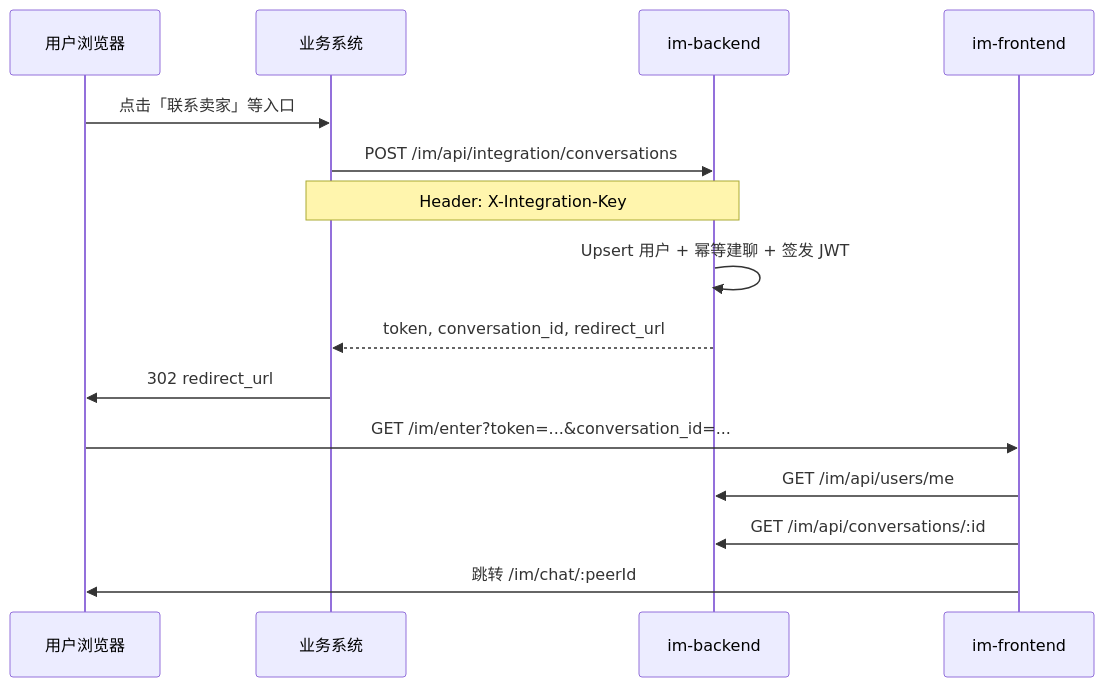
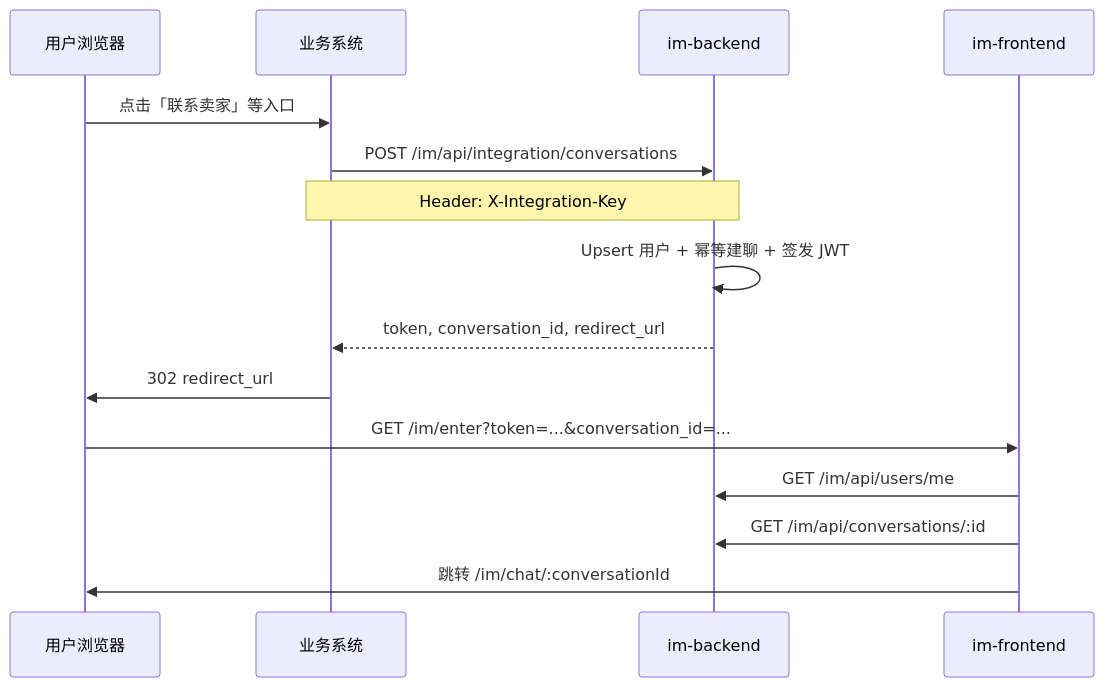
One commit to jianboolee/dim changed the diagram in docs/INTEGRATION.md. Above: the diagram before and after it, drawn with Mermaid. The commit also changed other lines of this file and 44 other files, not shown here.

````diff
--- a/docs/INTEGRATION.md
+++ b/docs/INTEGRATION.md
@@ -14,18 +14,18 @@
 ```mermaid
 sequenceDiagram
   participant User as 用户浏览器
   participant Biz as 业务系统
   participant IM as im-backend
   participant Web as im-frontend
 
   User->>Biz: 点击「联系卖家」等入口
   Biz->>IM: POST /im/api/integration/conversations
   Note over Biz,IM: Header: X-Integration-Key
   IM->>IM: Upsert 用户 + 幂等建聊 + 签发 JWT
   IM-->>Biz: token, conversation_id, redirect_url
   Biz->>User: 302 redirect_url
   User->>Web: GET /im/enter?token=...&conversation_id=...
   Web->>IM: GET /im/api/users/me
   Web->>IM: GET /im/api/conversations/:id
-  Web->>User: 跳转 /im/chat/:peerId
+  Web->>User: 跳转 /im/chat/:conversationId
 ```
````
